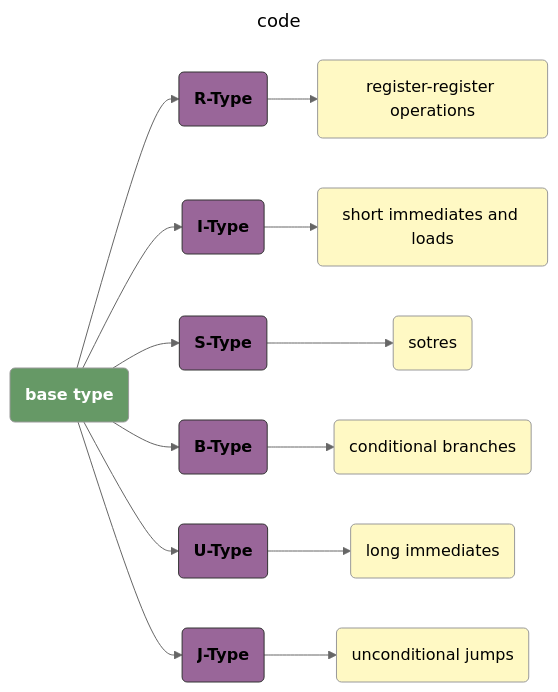
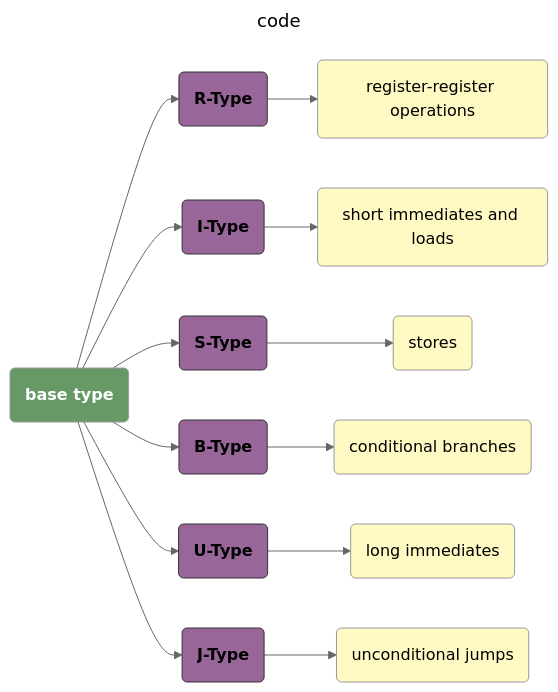
One commit to 0x822a5b87/tiny-RISC-V changed the first of 6 diagrams in README.md. Above: the diagram before and after it, drawn with Mermaid (neutral theme). The commit also changed other lines of this file and 1 other file, not shown here.

````diff
--- a/README.md
+++ b/README.md
@@ -17,39 +17,39 @@
 ```mermaid
 ---
 title: code
 ---
 flowchart LR
 
 base_type("base type"):::green
 
 rtype("R-Type"):::purple
 itype("I-Type"):::purple
 stype("S-Type"):::purple
 btype("B-Type"):::purple
 utype("U-Type"):::purple
 jtype("J-Type"):::purple
 
 rtype --> r("register-register operations"):::yellow
 itype --> i("short immediates and loads"):::yellow
-stype --> s("sotres"):::yellow
+stype --> s("stores"):::yellow
 btype --> b("conditional branches"):::yellow
 utype --> u("long immediates"):::yellow
 jtype --> j("unconditional jumps"):::yellow
 
 
 base_type --> rtype
 base_type --> itype
 base_type --> stype
 base_type --> btype
 base_type --> utype
 base_type --> jtype
 
 classDef pink 1,fill:#FFCCCC,stroke:#333, color: #fff, font-weight:bold;
 classDef pale_pink fill:#E1BEE7,color:#000000;
 classDef green fill: #696,color: #fff,font-weight: bold;
 classDef purple fill:#969,stroke:#333, font-weight: bold;
 classDef error fill:#bbf,stroke:#f66,stroke-width:2px,color:#fff,stroke-dasharray: 5 5
 classDef coral fill:#f9f,stroke:#333,stroke-width:4px;
 classDef animate stroke-dasharray: 9,5,stroke-dashoffset: 900,animation: dash 25s linear infinite;
 classDef yellow fill:#FFF9C4,color:#000000;
 ```
````
